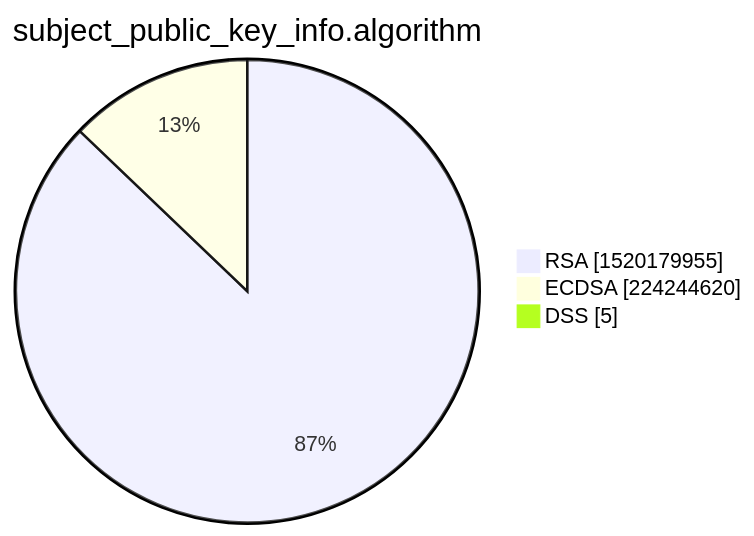
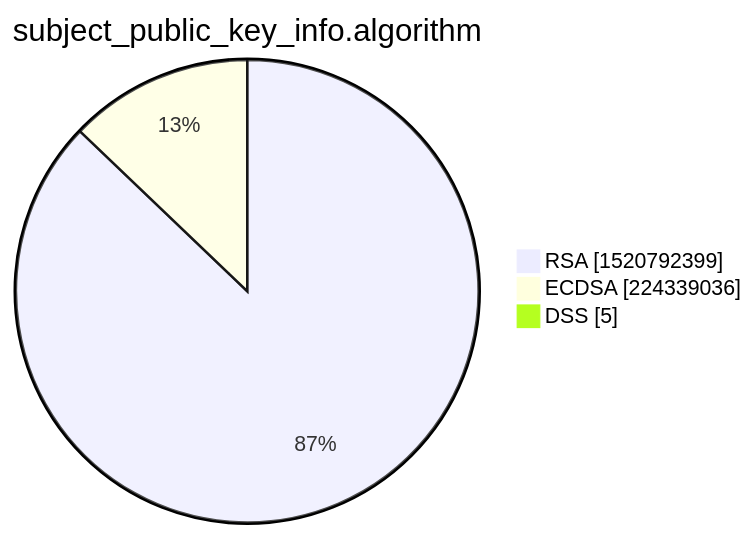
Before and after one commit to christiankrug/ctmonitor_visualization: the third of 15 diagrams in xenon2022/README.md, drawn with Mermaid. The commit also changed other lines of this file, not shown here.

````diff
--- a/xenon2022/README.md
+++ b/xenon2022/README.md
@@ -14,7 +14,7 @@
 ```mermaid
 pie showData
 title subject_public_key_info.algorithm
-"RSA" :1520179955
-"ECDSA" :224244620
+"RSA" :1520792399
+"ECDSA" :224339036
 "DSS" :5
 ```
````
